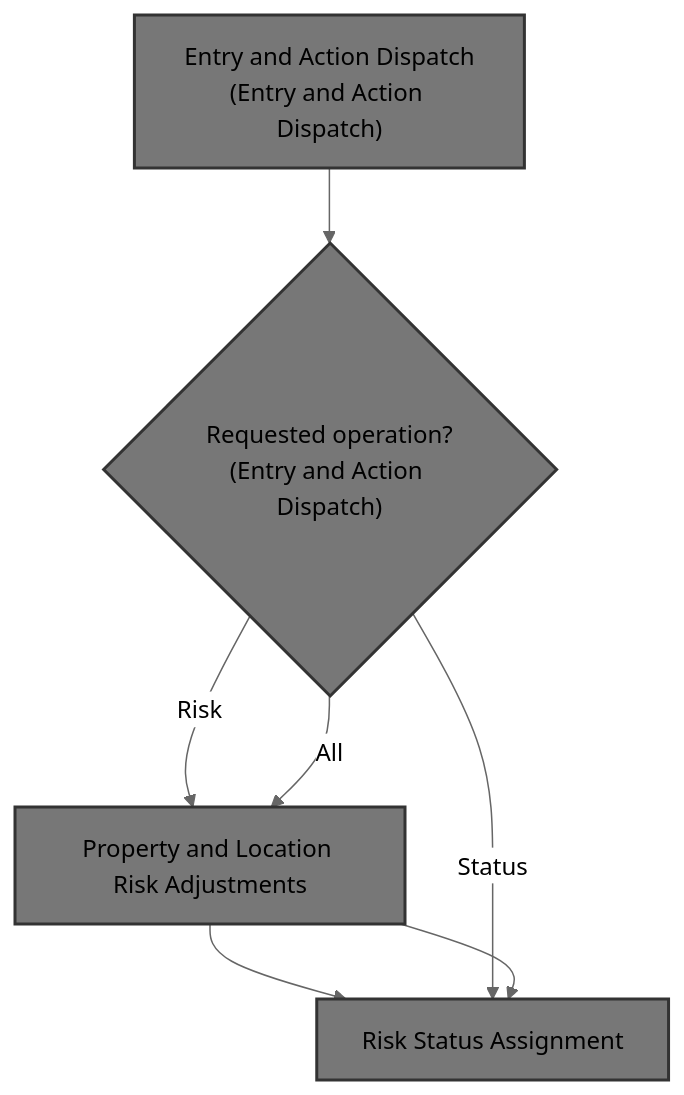
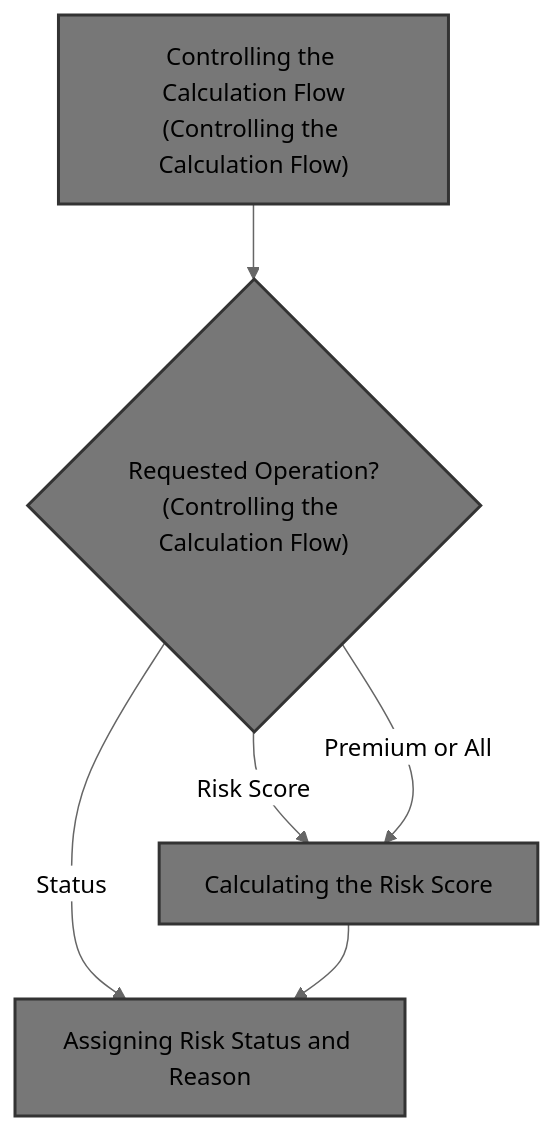
Before and after one commit to Giri-Swimm/Swimmio-genapp-motor: the diagram in .swm/risk-assessment-and-premium-calculation-lgpcalc1-overview.a7vdekvv.sw.md, drawn with Mermaid (neutral theme). The commit also changed other lines of this file and 17 other files, not shown here.

````diff
--- a/.swm/risk-assessment-and-premium-calculation-lgpcalc1-overview.a7vdekvv.sw.md
+++ b/.swm/risk-assessment-and-premium-calculation-lgpcalc1-overview.a7vdekvv.sw.md
@@ -8,16 +8,15 @@
 ```mermaid
 flowchart TD
-  node1["Entry and Action Dispatch
-(Entry and Action Dispatch)"]:::HeadingStyle --> node2{"Requested operation?
-(Entry and Action Dispatch)"}:::HeadingStyle
-  node2 -->|"Risk"| node3["Property and Location Risk Adjustments"]:::HeadingStyle
-  node3 --> node4["Risk Status Assignment"]:::HeadingStyle
-  node2 -->|"Status"| node4
-  node2 -->|"All"| node3
-  node3 --> node4
-  click node1 goToHeading "Entry and Action Dispatch"
-  click node2 goToHeading "Entry and Action Dispatch"
-  click node3 goToHeading "Property and Location Risk Adjustments"
-  click node4 goToHeading "Risk Status Assignment"
+    node1["Controlling the Calculation Flow
+(Controlling the Calculation Flow)"]:::HeadingStyle --> node2{"Requested Operation?
+(Controlling the Calculation Flow)"}:::HeadingStyle
+    click node1 goToHeading "Controlling the Calculation Flow"
+    click node2 goToHeading "Controlling the Calculation Flow"
+    node2 -->|"Risk Score"| node3["Calculating the Risk Score"]:::HeadingStyle
+    click node3 goToHeading "Calculating the Risk Score"
+    node2 -->|"Status"| node4["Assigning Risk Status and Reason"]:::HeadingStyle
+    click node4 goToHeading "Assigning Risk Status and Reason"
+    node2 -->|"Premium or All"| node3
+    node3 --> node4
 classDef HeadingStyle fill:#777777,stroke:#333,stroke-width:2px;
 ```
````
